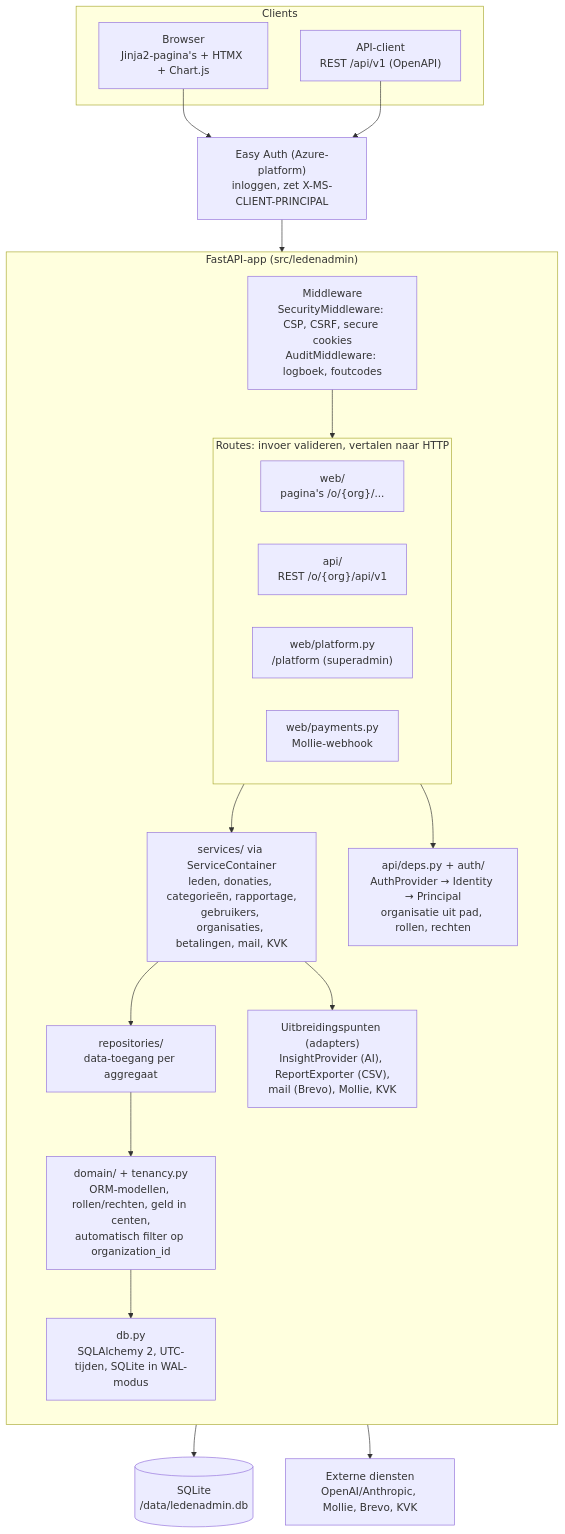
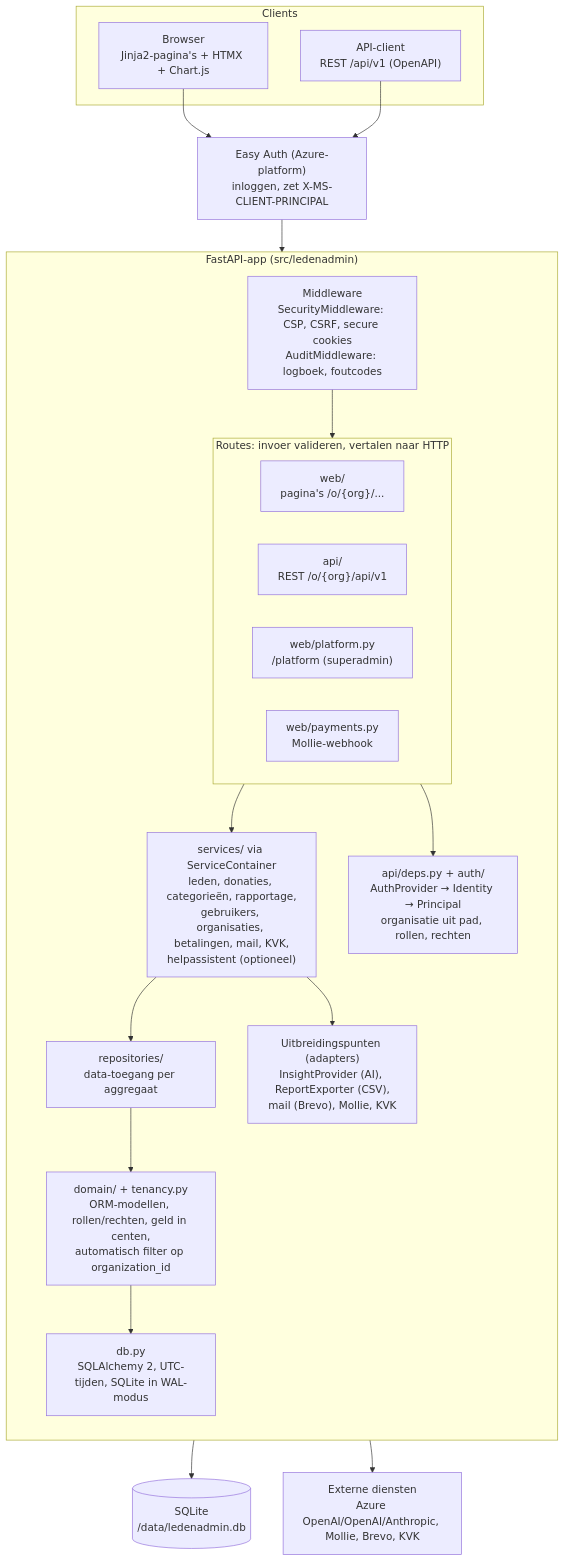
One commit to muratbalasar/ashab-al-jannah changed the first of 5 diagrams in README.md. Above: the diagram before and after it, drawn with Mermaid. The commit also changed other lines of this file and 27 other files, not shown here.

First line of the commit message:
feat: helpassistent (US16) met Azure OpenAI, standaard uit

````diff
--- a/README.md
+++ b/README.md
@@ -404,38 +415,38 @@
 ```mermaid
 flowchart TB
     subgraph Clients["Clients"]
         Browser["Browser<br/>Jinja2-pagina's + HTMX + Chart.js"]
         ApiClient["API-client<br/>REST /api/v1 (OpenAPI)"]
     end
 
     EasyAuth["Easy Auth (Azure-platform)<br/>inloggen, zet X-MS-CLIENT-PRINCIPAL"]
 
     subgraph App["FastAPI-app (src/ledenadmin)"]
         direction TB
         MW["Middleware<br/>SecurityMiddleware: CSP, CSRF, secure cookies<br/>AuditMiddleware: logboek, foutcodes"]
         subgraph Routes["Routes: invoer valideren, vertalen naar HTTP"]
             direction LR
             Web["web/<br/>pagina's /o/{org}/..."]
             Api["api/<br/>REST /o/{org}/api/v1"]
             Platform["web/platform.py<br/>/platform (superadmin)"]
             Webhook["web/payments.py<br/>Mollie-webhook"]
         end
         Deps["api/deps.py + auth/<br/>AuthProvider → Identity → Principal<br/>organisatie uit pad, rollen, rechten"]
-        Services["services/ via ServiceContainer<br/>leden, donaties, categorieën, rapportage,<br/>gebruikers, organisaties, betalingen, mail, KVK"]
+        Services["services/ via ServiceContainer<br/>leden, donaties, categorieën, rapportage,<br/>gebruikers, organisaties, betalingen, mail, KVK,<br/>helpassistent (optioneel)"]
         Ports["Uitbreidingspunten (adapters)<br/>InsightProvider (AI), ReportExporter (CSV),<br/>mail (Brevo), Mollie, KVK"]
         Repos["repositories/<br/>data-toegang per aggregaat"]
         Domain["domain/ + tenancy.py<br/>ORM-modellen, rollen/rechten, geld in centen,<br/>automatisch filter op organization_id"]
         DB["db.py<br/>SQLAlchemy 2, UTC-tijden, SQLite in WAL-modus"]
     end
 
     SQLite[("SQLite<br/>/data/ledenadmin.db")]
-    Ext["Externe diensten<br/>OpenAI/Anthropic, Mollie, Brevo, KVK"]
+    Ext["Externe diensten<br/>Azure OpenAI/OpenAI/Anthropic, Mollie, Brevo, KVK"]
 
     Browser --> EasyAuth
     ApiClient --> EasyAuth
     EasyAuth --> MW --> Routes
     Routes --> Deps
     Routes --> Services
     Services --> Repos --> Domain --> DB --> SQLite
     Services --> Ports --> Ext
 ```
````
